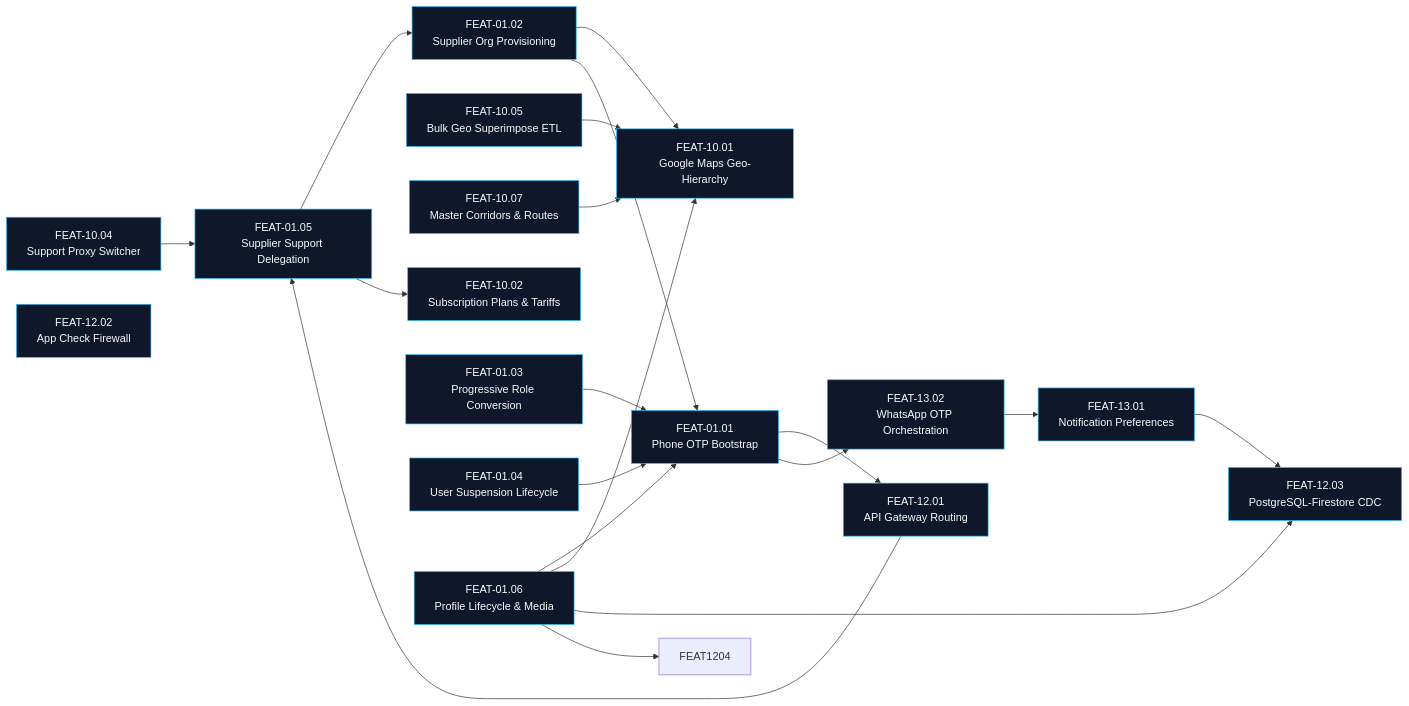
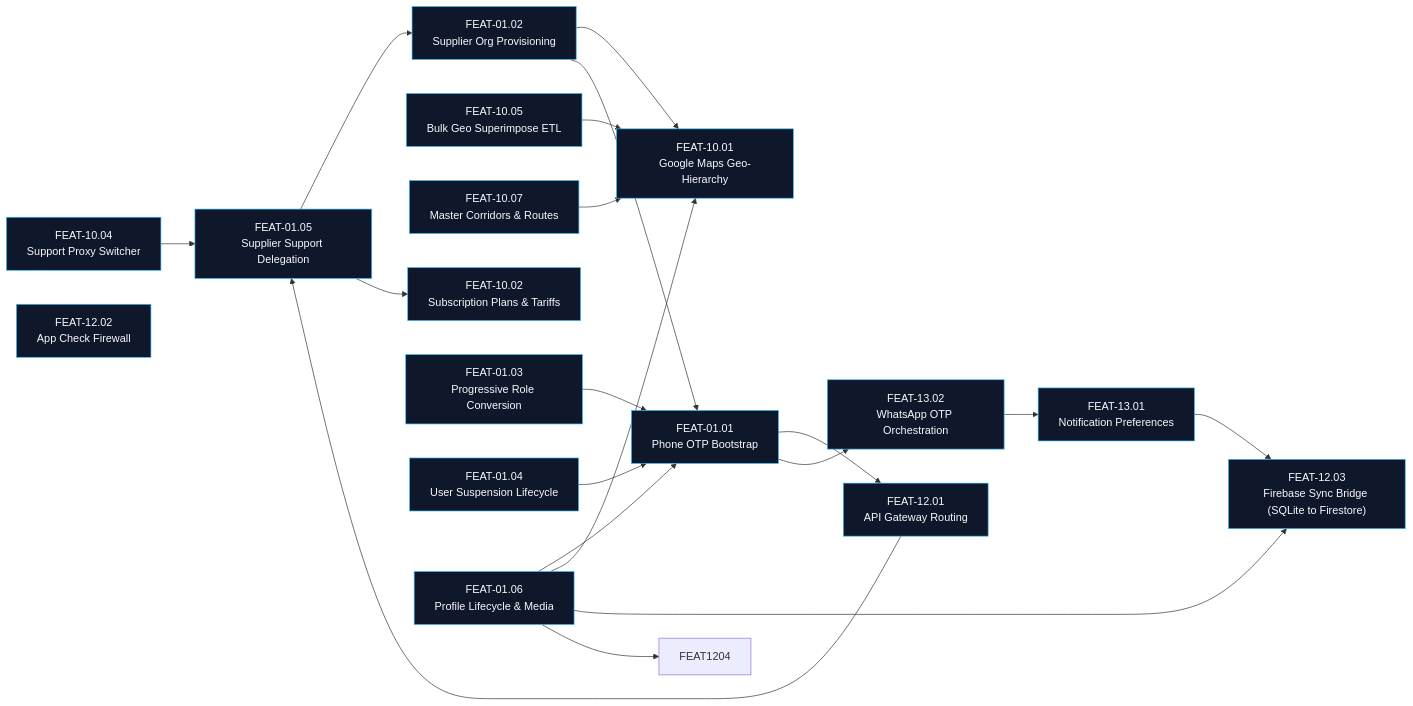
The second of 6 diagrams in work-management/DEPENDENCY-GRAPH.md (vamsi2310/logikchain.com), drawn with Mermaid before and after one commit. The commit also changed other lines of this file and 1561 other files, not shown here.

````diff
--- a/work-management/DEPENDENCY-GRAPH.md
+++ b/work-management/DEPENDENCY-GRAPH.md
@@ -158,45 +158,45 @@
 ```mermaid
 graph LR
     classDef feat fill:#0f172a,stroke:#38bdf8,stroke-width:1px,color:#f8fafc;
 
     FEAT1001["FEAT-10.01<br/>Google Maps Geo-Hierarchy"]:::feat
     FEAT1002["FEAT-10.02<br/>Subscription Plans & Tariffs"]:::feat
     FEAT1004["FEAT-10.04<br/>Support Proxy Switcher"]:::feat
     FEAT1005["FEAT-10.05<br/>Bulk Geo Superimpose ETL"]:::feat
     FEAT1007["FEAT-10.07<br/>Master Corridors & Routes"]:::feat
     FEAT1201["FEAT-12.01<br/>API Gateway Routing"]:::feat
     FEAT1202["FEAT-12.02<br/>App Check Firewall"]:::feat
-    FEAT1203["FEAT-12.03<br/>PostgreSQL-Firestore CDC"]:::feat
+    FEAT1203["FEAT-12.03<br/>Firebase Sync Bridge (SQLite to Firestore)"]:::feat
 
     FEAT1301["FEAT-13.01<br/>Notification Preferences"]:::feat
     FEAT1302["FEAT-13.02<br/>WhatsApp OTP Orchestration"]:::feat
 
     FEAT0101["FEAT-01.01<br/>Phone OTP Bootstrap"]:::feat
     FEAT0102["FEAT-01.02<br/>Supplier Org Provisioning"]:::feat
     FEAT0103["FEAT-01.03<br/>Progressive Role Conversion"]:::feat
     FEAT0104["FEAT-01.04<br/>User Suspension Lifecycle"]:::feat
     FEAT0105["FEAT-01.05<br/>Supplier Support Delegation"]:::feat
     FEAT0106["FEAT-01.06<br/>Profile Lifecycle & Media"]:::feat
 
     FEAT0101 --> FEAT1201
     FEAT0101 --> FEAT1302
     FEAT0102 --> FEAT1001
     FEAT0102 --> FEAT0101
     FEAT0103 --> FEAT0101
     FEAT0104 --> FEAT0101
 
     FEAT0105 --> FEAT0102
     FEAT0105 --> FEAT1002
     FEAT1004 --> FEAT0105
     FEAT1201 --> FEAT0105
     FEAT1005 --> FEAT1001
     FEAT1007 --> FEAT1001
 
     FEAT0106 --> FEAT0101
     FEAT0106 --> FEAT1001
     FEAT0106 --> FEAT1203
     FEAT0106 --> FEAT1204
 
     FEAT1302 --> FEAT1301
     FEAT1301 --> FEAT1203
 ```
````
